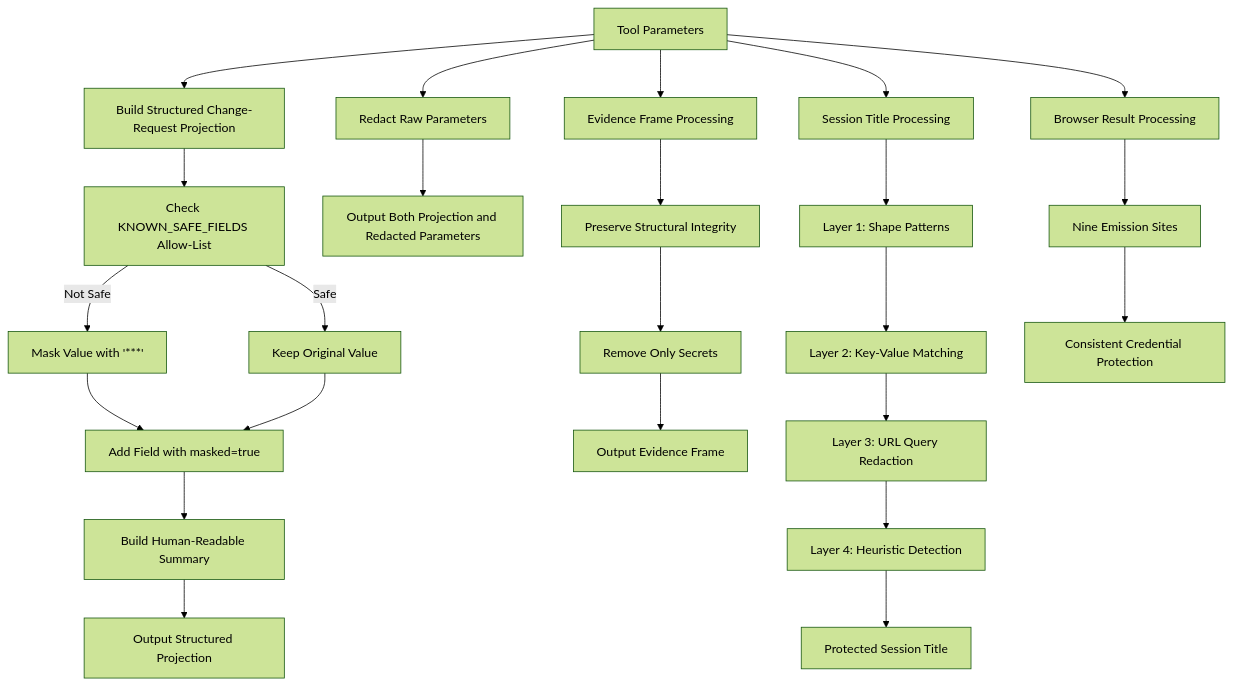
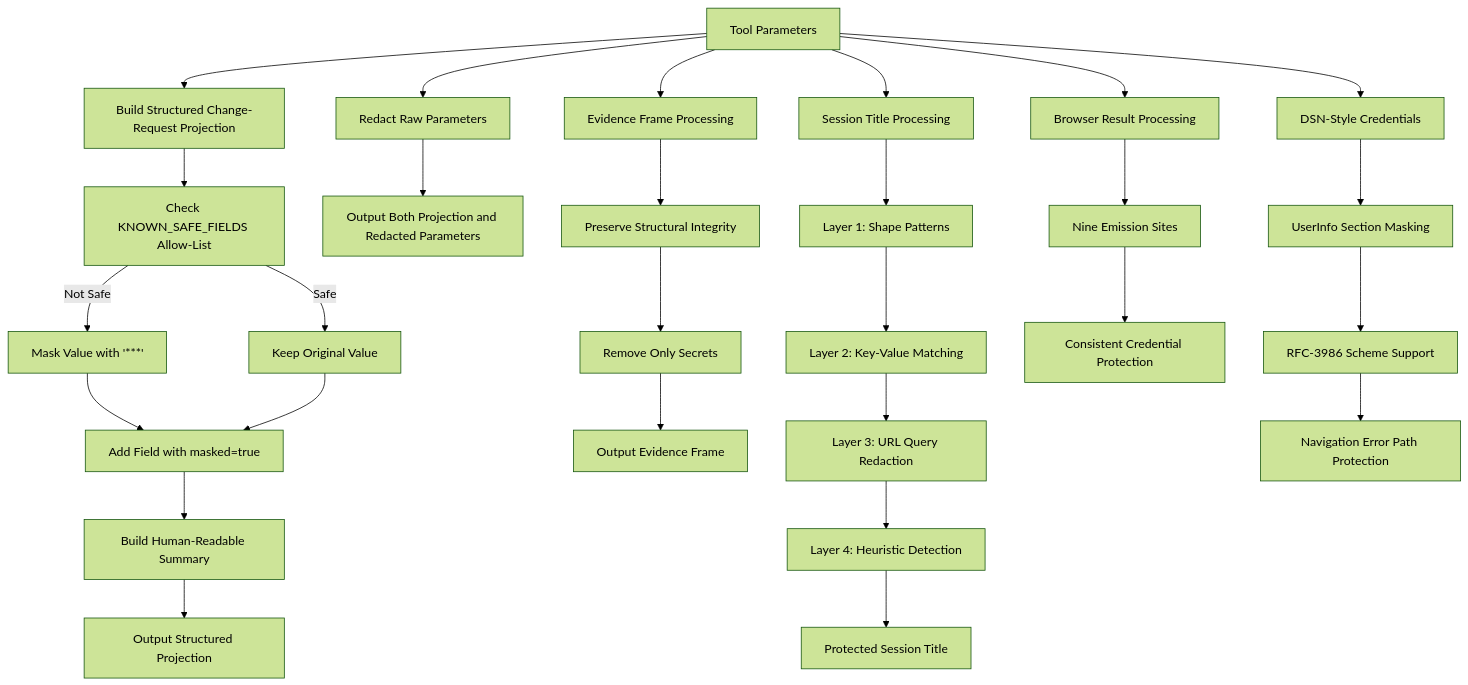
Diagram 11 of 15 in .qoder/repowiki/en/content/Security Guide/Security Guide.md (metasync/luban-aiops), drawn with Mermaid (forest theme) before and after one commit. The commit also changed other lines of this file and 21 other files, not shown here.

````diff
--- a/.qoder/repowiki/en/content/Security Guide/Security Guide.md
+++ b/.qoder/repowiki/en/content/Security Guide/Security Guide.md
@@ -648,26 +653,30 @@
 ```mermaid
 flowchart TD
 ParameterInput["Tool Parameters"] --> BuildProjection["Build Structured Change-Request Projection"]
 BuildProjection --> CheckSafeFields["Check KNOWN_SAFE_FIELDS Allow-List"]
 CheckSafeFields --> |Not Safe| MaskValue["Mask Value with '***'"]
 CheckSafeFields --> |Safe| KeepValue["Keep Original Value"]
 MaskValue --> AddField["Add Field with masked=true"]
 KeepValue --> AddField
 AddField --> BuildSummary["Build Human-Readable Summary"]
 BuildSummary --> OutputProjection["Output Structured Projection"]
 ParameterInput --> RedactRaw["Redact Raw Parameters"]
 RedactRaw --> OutputBoth["Output Both Projection and Redacted Parameters"]
 ParameterInput --> EvidenceFrame["Evidence Frame Processing"]
 EvidenceFrame --> PreserveShape["Preserve Structural Integrity"]
 PreserveShape --> RemoveSecrets["Remove Only Secrets"]
 RemoveSecrets --> OutputEvidence["Output Evidence Frame"]
 ParameterInput --> SessionTitle["Session Title Processing"]
 SessionTitle --> Layer1["Layer 1: Shape Patterns"]
 Layer1 --> Layer2["Layer 2: Key-Value Matching"]
 Layer2 --> Layer3["Layer 3: URL Query Redaction"]
 Layer3 --> Layer4["Layer 4: Heuristic Detection"]
 Layer4 --> ProtectedTitle["Protected Session Title"]
 ParameterInput --> BrowserResults["Browser Result Processing"]
 BrowserResults --> NineSites["Nine Emission Sites"]
 NineSites --> ConsistentMasking["Consistent Credential Protection"]
+ParameterInput --> DSNCredentials["DSN-Style Credentials"]
+DSNCredentials --> UserInfoMasking["UserInfo Section Masking"]
+UserInfoMasking --> ExpandedURLRecognition["RFC-3986 Scheme Support"]
+ExpandedURLRecognition --> BrowserErrorProtection["Navigation Error Path Protection"]
 ```
````
